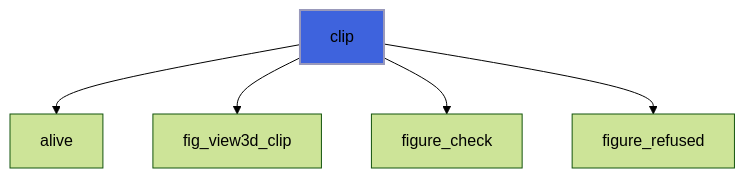
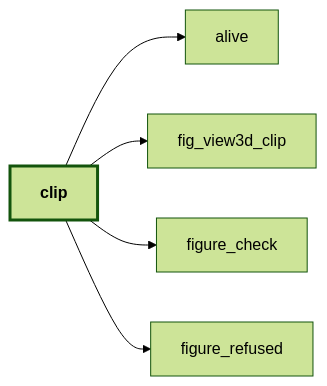
Diagram 15 of 39 in docs/api/src/lib/figure_view3d.md (szaghi/figure), drawn with Mermaid (forest theme) before and after one commit. The commit also changed other lines of this file and 54 other files, not shown here.

````diff
--- a/docs/api/src/lib/figure_view3d.md
+++ b/docs/api/src/lib/figure_view3d.md
@@ -627,8 +727,13 @@
 ```mermaid
-flowchart TD
+flowchart LR
   clip["clip"] --> alive["alive"]
   clip["clip"] --> fig_view3d_clip["fig_view3d_clip"]
   clip["clip"] --> figure_check["figure_check"]
   clip["clip"] --> figure_refused["figure_refused"]
-  style clip fill:#3e63dd,stroke:#99b,stroke-width:2px
+  classDef focus stroke-width:3px,font-weight:bold
+  class clip focus
+  click figure_refused href "figure_base.html#figure-refused" "figure_refused"
+  click alive href "#alive" "alive"
+  click figure_check href "figure_base.html#figure-check" "figure_check"
+  click fig_view3d_clip href "#fig-view3d-clip" "fig_view3d_clip"
 ```
````
